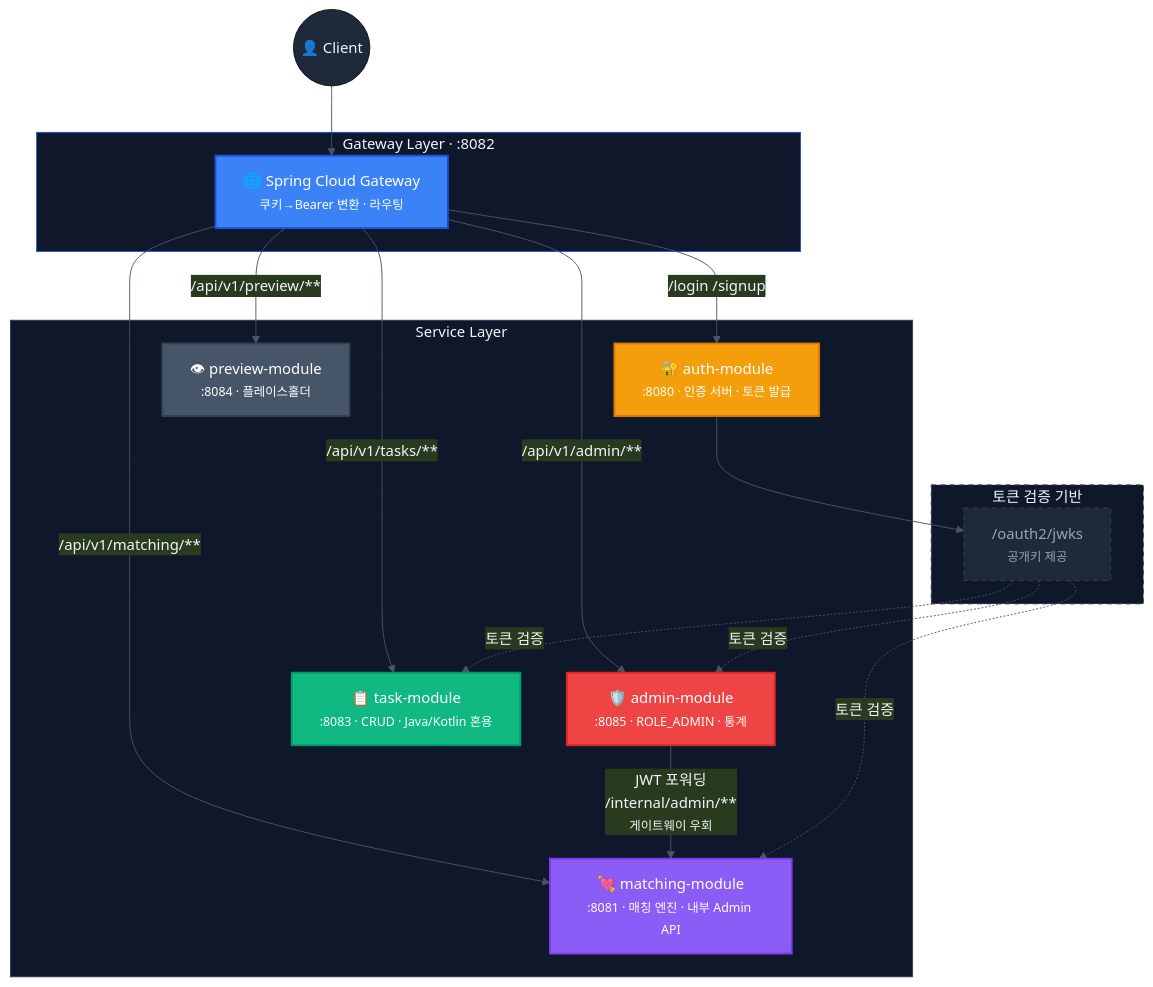
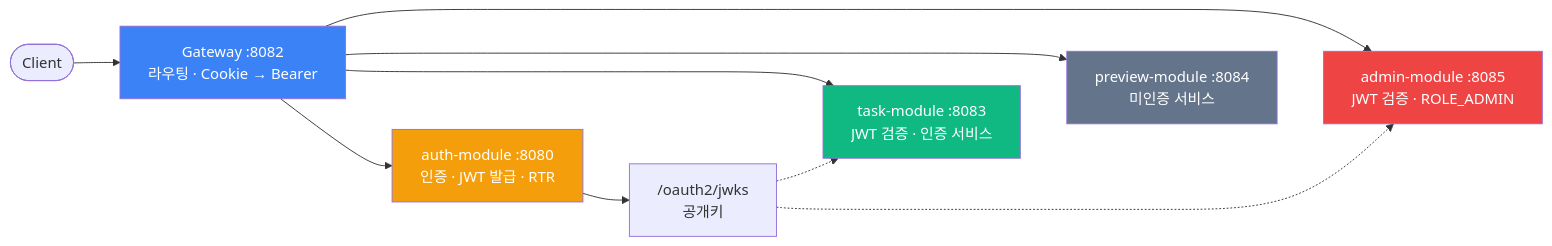
One commit to hello-pebble/auth-gateway-platform changed the tenth of 10 diagrams in README.md. Above: the diagram before and after it, drawn with Mermaid. The commit also changed other lines of this file and 5 other files, not shown here.

````diff
--- a/README.md
+++ b/README.md
@@ -138,46 +275,18 @@
 ```mermaid
-%%{init: {'theme': 'base', 'themeVariables': {'primaryColor': '#1e293b', 'primaryTextColor': '#f1f5f9', 'lineColor': '#475569', 'clusterBkg': '#0f172a', 'clusterBorder': '#334155', 'titleColor': '#f1f5f9'}}}%%
-graph TD
-    Client(("👤 Client"))
+flowchart LR
+    Client([Client]) --> Gateway["Gateway :8082<br/>라우팅 · Cookie → Bearer"]
+    Gateway --> Auth["auth-module :8080<br/>인증 · JWT 발급 · RTR"]
+    Gateway --> Task["task-module :8083<br/>JWT 검증 · 인증 서비스"]
+    Gateway --> Admin["admin-module :8085<br/>JWT 검증 · ROLE_ADMIN"]
+    Gateway --> Preview["preview-module :8084<br/>미인증 서비스"]
+    Auth ~~~ Task ~~~ Preview ~~~ Admin
+    Auth --> JWKS["/oauth2/jwks<br/>공개키"]
+    JWKS -.-> Task
+    JWKS -.-> Admin
 
-    subgraph GW_ZONE["Gateway Layer · :8082"]
-        GW["🌐 Spring Cloud Gateway<br/><small>쿠키→Bearer 변환 · 라우팅</small>"]
-    end
-
-    subgraph SERVICES["Service Layer"]
-        AUTH["🔐 auth-module<br/><small>:8080 · 인증 서버 · 토큰 발급</small>"]
-        MATCH["💘 matching-module<br/><small>:8081 · 매칭 엔진 · 내부 Admin API</small>"]
-        ADMIN["🛡️ admin-module<br/><small>:8085 · ROLE_ADMIN · 통계</small>"]
-        TASK["📋 task-module<br/><small>:8083 · CRUD · Java/Kotlin 혼용</small>"]
-        PREVIEW["👁 preview-module<br/><small>:8084 · 플레이스홀더</small>"]
-    end
-
-    subgraph SECURITY["토큰 검증 기반"]
-        JWKS["/oauth2/jwks<br/><small>공개키 제공</small>"]
-    end
-
-    Client --> GW
-    GW -->|"/login /signup"| AUTH
-    GW -->|"/api/v1/matching/**"| MATCH
-    GW -->|"/api/v1/admin/**"| ADMIN
-    GW -->|"/api/v1/tasks/**"| TASK
-    GW -->|"/api/v1/preview/**"| PREVIEW
-
-    ADMIN -->|"JWT 포워딩<br/>/internal/admin/**<br/><small>게이트웨이 우회</small>"| MATCH
-
-    AUTH --> JWKS
-    JWKS -.->|"토큰 검증"| MATCH
-    JWKS -.->|"토큰 검증"| ADMIN
-    JWKS -.->|"토큰 검증"| TASK
-
-    style GW    fill:#3b82f6,color:#fff,stroke:#1d4ed8,stroke-width:2px
-    style AUTH  fill:#f59e0b,color:#fff,stroke:#d97706,stroke-width:2px
-    style MATCH fill:#8b5cf6,color:#fff,stroke:#7c3aed,stroke-width:2px
-    style ADMIN fill:#ef4444,color:#fff,stroke:#dc2626,stroke-width:2px
-    style TASK  fill:#10b981,color:#fff,stroke:#059669,stroke-width:2px
-    style PREVIEW fill:#475569,color:#fff,stroke:#334155,stroke-width:2px
-    style JWKS  fill:#1e293b,color:#94a3b8,stroke:#334155,stroke-dasharray:5 5
-    style GW_ZONE fill:#0f172a,color:#f1f5f9,stroke:#1d4ed8
-    style SERVICES fill:#0f172a,color:#f1f5f9,stroke:#334155
-    style SECURITY fill:#0f172a,color:#f1f5f9,stroke:#334155,stroke-dasharray:5 5
+    style Gateway fill:#3b82f6,color:#fff
+    style Auth fill:#f59e0b,color:#fff
+    style Task fill:#10b981,color:#fff
+    style Admin fill:#ef4444,color:#fff
+    style Preview fill:#64748b,color:#fff
 ```
````
